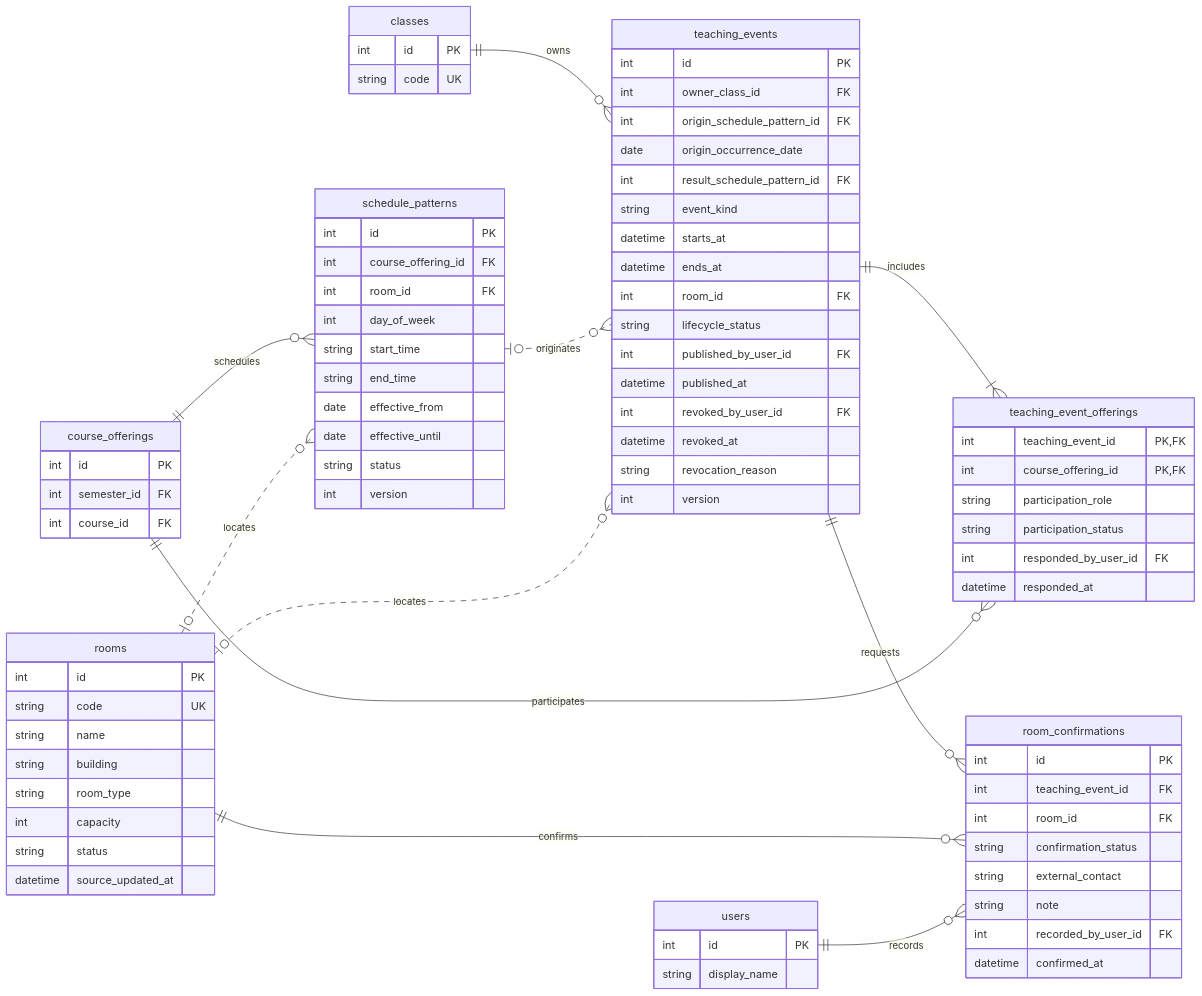
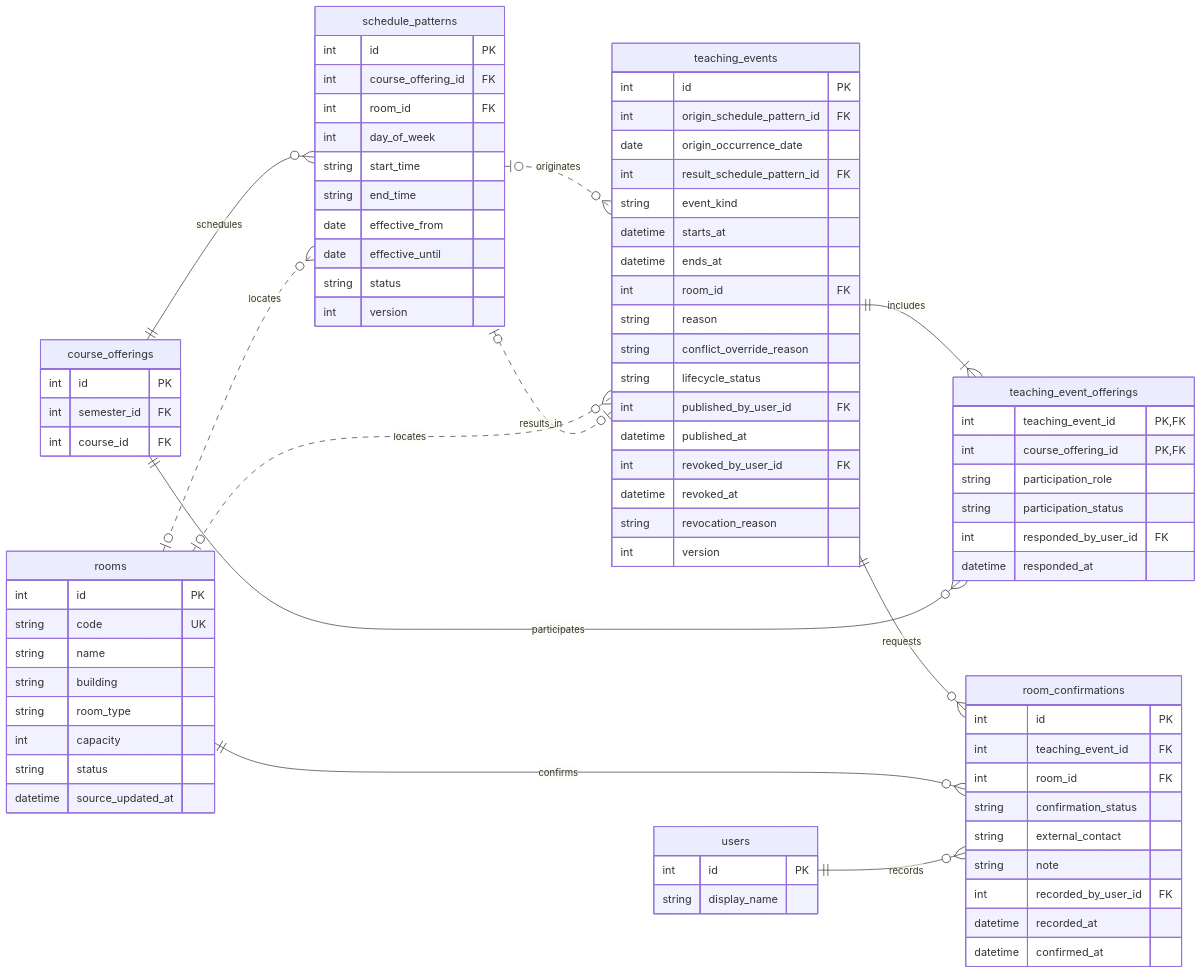
Before and after one commit to darvaaph/bot-wa-jadwal: the fourth of 7 diagrams in docs/product/ERD.md, drawn with Mermaid. The commit also changed other lines of this file and 8 other files, not shown here.

````diff
--- a/docs/product/ERD.md
+++ b/docs/product/ERD.md
@@ -256,8 +279,8 @@
 
     courseOfferings ||--o{ schedulePatterns : schedules
     rooms o|..o{ schedulePatterns : locates
-    classes ||--o{ teachingEvents : owns
     schedulePatterns o|..o{ teachingEvents : originates
+    teachingEvents o|..o| schedulePatterns : results_in
     teachingEvents ||--|{ teachingEventOfferings : includes
     courseOfferings ||--o{ teachingEventOfferings : participates
     rooms o|..o{ teachingEvents : locates
@@ -294,7 +317,6 @@
     }
     teachingEvents["teaching_events"] {
         int id PK
-        int owner_class_id FK
         int origin_schedule_pattern_id FK
         date origin_occurrence_date
         int result_schedule_pattern_id FK
@@ -302,6 +324,8 @@
         datetime starts_at
         datetime ends_at
         int room_id FK
+        string reason
+        string conflict_override_reason
         string lifecycle_status
         int published_by_user_id FK
         datetime published_at
@@ -326,14 +350,11 @@
         string external_contact
         string note
         int recorded_by_user_id FK
+        datetime recorded_at
         datetime confirmed_at
     }
     users["users"] {
         int id PK
         string display_name
     }
-    classes["classes"] {
-        int id PK
-        string code UK
-    }
 ```
````
